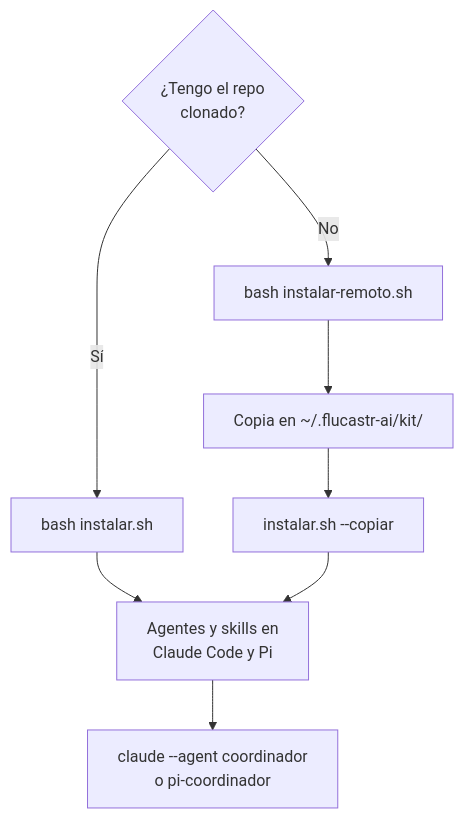
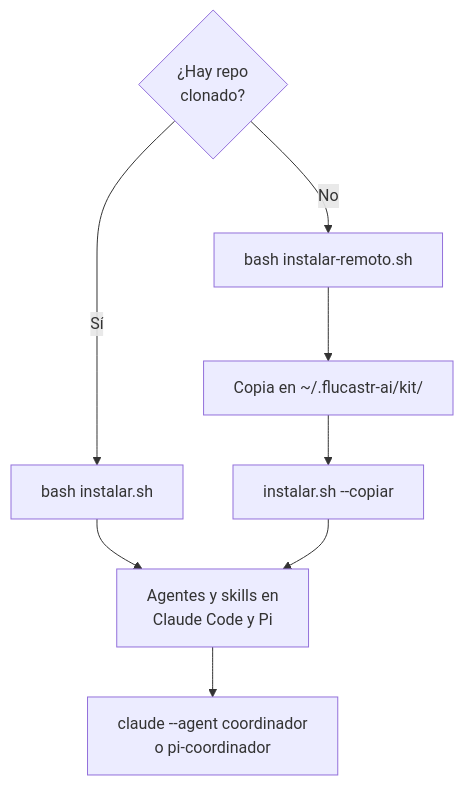
The second of 2 diagrams in README.md (francolmc/Flucastr.AI), drawn with Mermaid before and after one commit. The commit also changed other lines of this file and 11 other files, not shown here.

````diff
--- a/README.md
+++ b/README.md
@@ -112,11 +127,11 @@
 ```mermaid
 flowchart TD
-    Q{"¿Tengo el repo<br/>clonado?"}
+    Q{"¿Hay repo<br/>clonado?"}
     Q -->|Sí| L["bash instalar.sh"]
     Q -->|No| R["bash instalar-remoto.sh"]
     R --> K["Copia en ~/.flucastr-ai/kit/"]
     K --> L2["instalar.sh --copiar"]
     L --> OK["Agentes y skills en<br/>Claude Code y Pi"]
     L2 --> OK
     OK --> U["claude --agent coordinador<br/>o pi-coordinador"]
 ```
````
